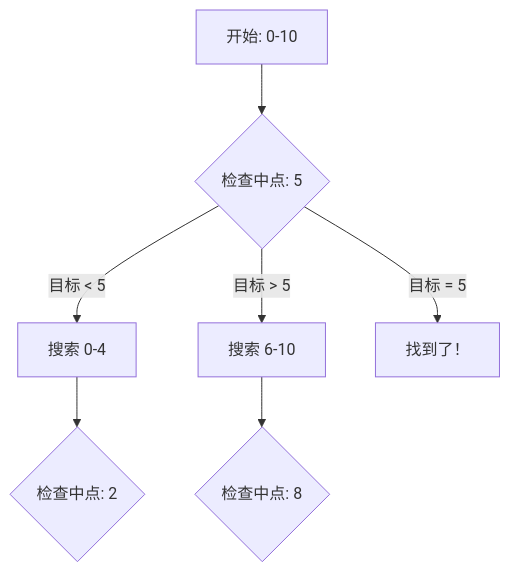
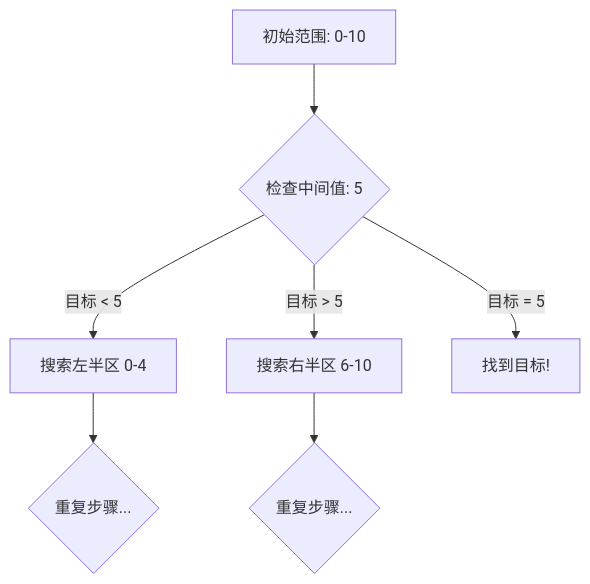
One commit to YiWang24/AiDIY changed the diagram in i18n/zh-Hans/docusaurus-plugin-content-docs/current/cs/algorithms/binary-search.mdx. Above: the diagram before and after it, drawn with Mermaid. The commit also changed other lines of this file and 59 other files, not shown here.

````diff
--- a/i18n/zh-Hans/docusaurus-plugin-content-docs/current/cs/algorithms/binary-search.mdx
+++ b/i18n/zh-Hans/docusaurus-plugin-content-docs/current/cs/algorithms/binary-search.mdx
@@ -28,10 +29,10 @@
 ```mermaid
 graph TD
-    A["开始: 0-10"] --> B{"检查中点: 5"}
-    B -->|"目标 < 5"| C["搜索 0-4"]
-    B -->|"目标 > 5"| D["搜索 6-10"]
-    B -->|"目标 = 5"| E["找到了！"]
+    A[初始范围: 0-10] --> B{检查中间值: 5}
+    B -->|目标 < 5| C[搜索左半区 0-4]
+    B -->|目标 > 5| D[搜索右半区 6-10]
+    B -->|目标 = 5| E[找到目标!]
 
-    C --> F{"检查中点: 2"}
-    D --> G{"检查中点: 8"}
+    C --> F{重复步骤...}
+    D --> G{重复步骤...}
 ```
````
